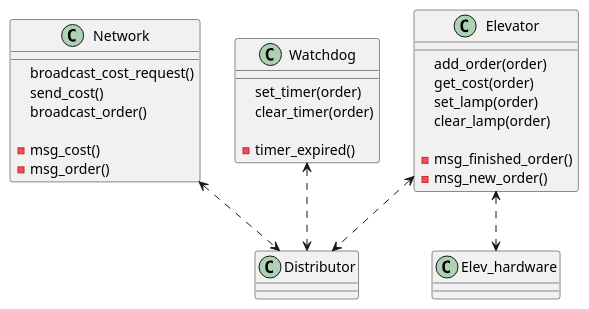
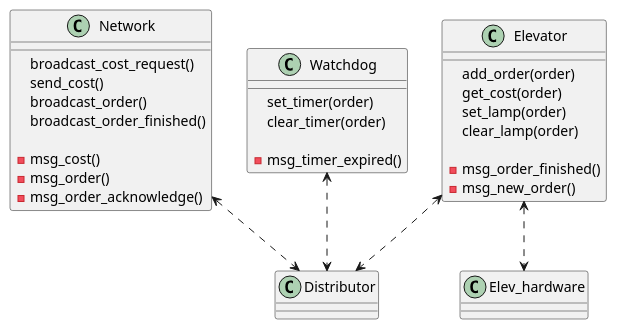
The diagram in uml-mm/moduler.iuml (bjornksa/TTK4145), drawn with PlantUML before and after one commit. The commit also changed 1 other file, not shown here.

```diff
--- a/uml-mm/moduler.iuml
+++ b/uml-mm/moduler.iuml
@@ -1,38 +1,40 @@
 @startuml modules
 
 class Elevator {
   add_order(order)
   get_cost(order)
   set_lamp(order)
   clear_lamp(order)
 
-  - msg_finished_order()
+  - msg_order_finished()
   - msg_new_order()
 }
 
 class Distributor
 
 class Network {
   broadcast_cost_request()
   send_cost()
   broadcast_order()
+  broadcast_order_finished()
 
   - msg_cost()
   - msg_order()
+  - msg_order_acknowledge()
 }
 
 class Elev_hardware
 
 class Watchdog {
   set_timer(order)
   clear_timer(order)
 
-  - timer_expired()
+  - msg_timer_expired()
 }
 
 Watchdog <..> Distributor
 Network <..> Distributor
 Elevator <..> Distributor
 Elevator <..> Elev_hardware
 
 @enduml
```
